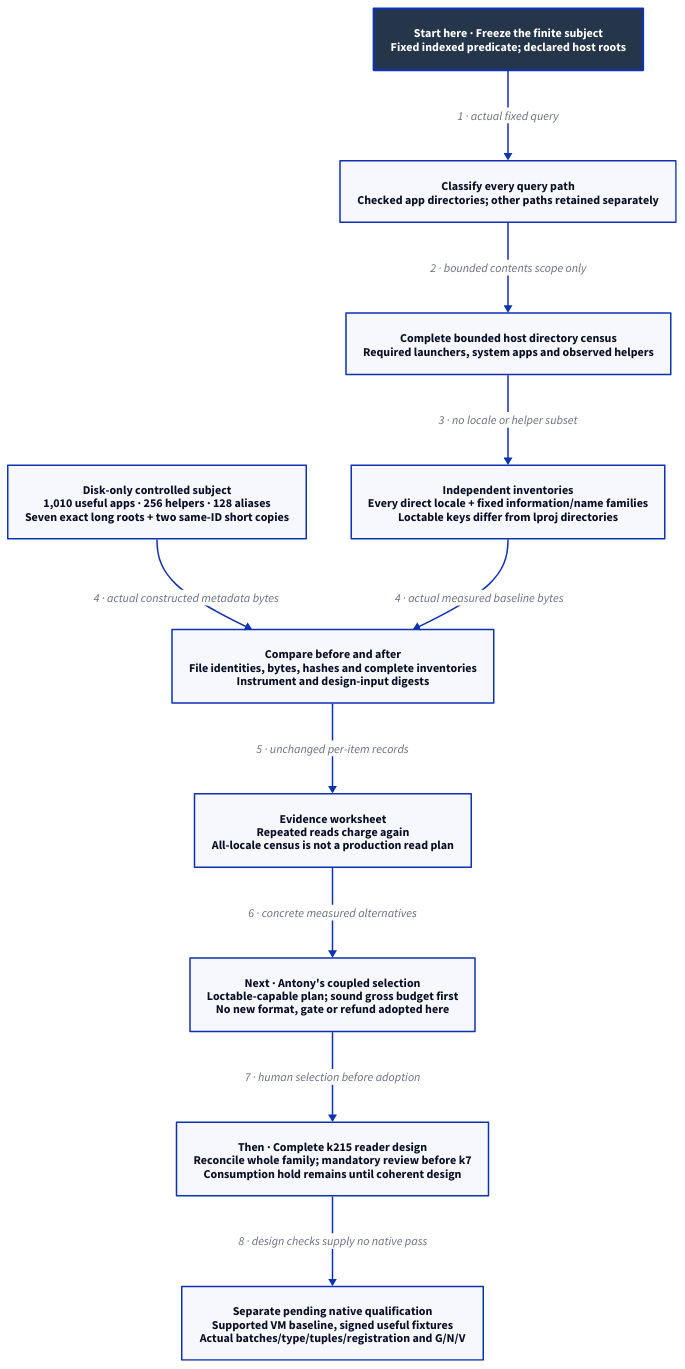
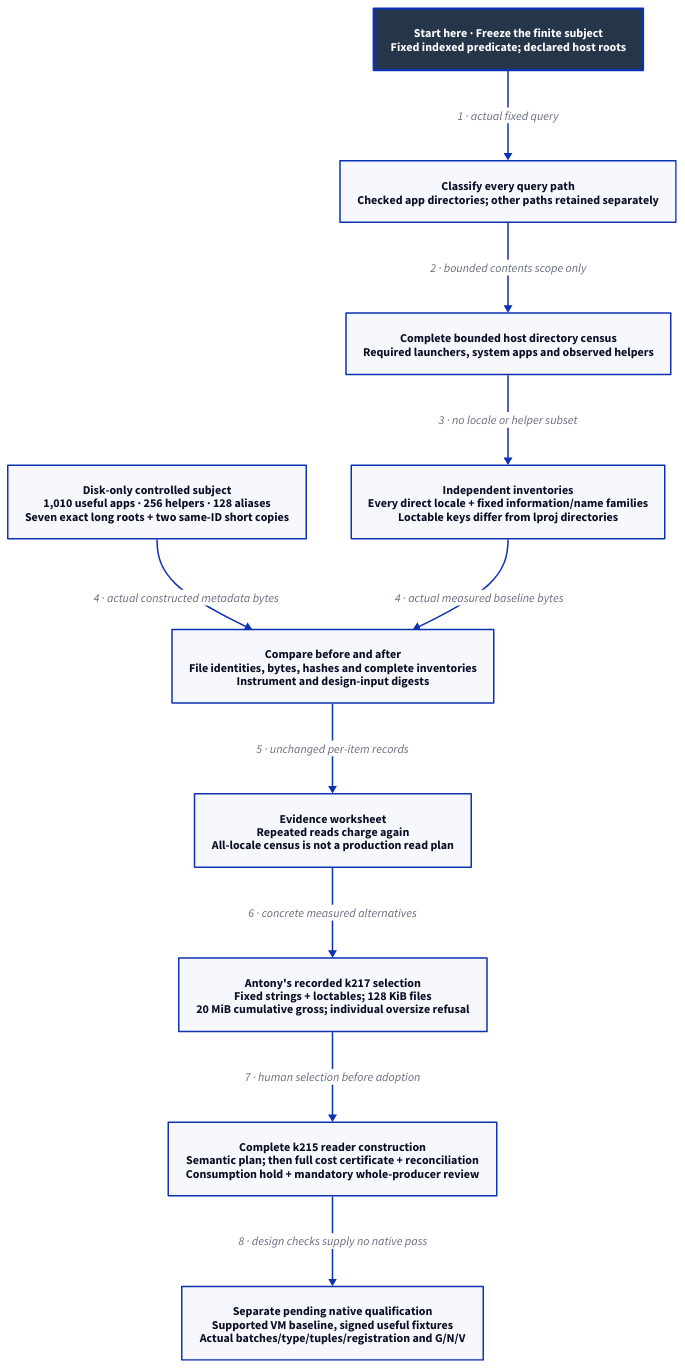
One commit to Linkuistics/Koine changed the diagram in docs/design/architecture/native-metadata-subject.d2. Above: the diagram before and after it, drawn with D2. The commit also changed 14 other files, not shown here.

Commit message:
Define loctable reader semantics (application-metadata-reader-plan-k219)

```diff
--- a/docs/design/architecture/native-metadata-subject.d2
+++ b/docs/design/architecture/native-metadata-subject.d2
@@ -1,24 +1,24 @@
-# Design evidence activity view. No reader format/accounting choice or native verdict.
+# Historical design evidence and selected human contract; no native verdict.
 direction: down
 classes: {
   start: {style: {fill: "#25364B"; font-color: "#FFFFFF"; bold: true; stroke-width: 3}}
 }
 Start: "Start here · Freeze the finite subject\nFixed indexed predicate; declared host roots" {class: start}
 Classify: "Classify every query path\nChecked app directories; other paths retained separately"
 Baseline: "Complete bounded host directory census\nRequired launchers, system apps and observed helpers"
 Inventory: "Independent inventories\nEvery direct locale + fixed information/name families\nLoctable keys differ from lproj directories"
 Fixtures: "Disk-only controlled subject\n1,010 useful apps · 256 helpers · 128 aliases\nSeven exact long roots + two same-ID short copies"
 Freeze: "Compare before and after\nFile identities, bytes, hashes and complete inventories\nInstrument and design-input digests"
 Worksheet: "Evidence worksheet\nRepeated reads charge again\nAll-locale census is not a production read plan"
-Choice: "Next · Antony's coupled selection\nLoctable-capable plan; sound gross budget first\nNo new format, gate or refund adopted here"
-Design: "Then · Complete k215 reader design\nReconcile whole family; mandatory review before k7\nConsumption hold remains until coherent design"
+Choice: "Antony's recorded k217 selection\nFixed strings + loctables; 128 KiB files\n20 MiB cumulative gross; individual oversize refusal"
+Design: "Complete k215 reader construction\nSemantic plan; then full cost certificate + reconciliation\nConsumption hold + mandatory whole-producer review"
 Native: "Separate pending native qualification\nSupported VM baseline, signed useful fixtures\nActual batches/type/tuples/registration and G/N/V"
 Start -> Classify: "1 · actual fixed query"
 Classify -> Baseline: "2 · bounded contents scope only"
 Baseline -> Inventory: "3 · no locale or helper subset"
 Fixtures -> Freeze: "4 · actual constructed metadata bytes"
 Inventory -> Freeze: "4 · actual measured baseline bytes"
 Freeze -> Worksheet: "5 · unchanged per-item records"
 Worksheet -> Choice: "6 · concrete measured alternatives"
 Choice -> Design: "7 · human selection before adoption"
 Design -> Native: "8 · design checks supply no native pass"
```
